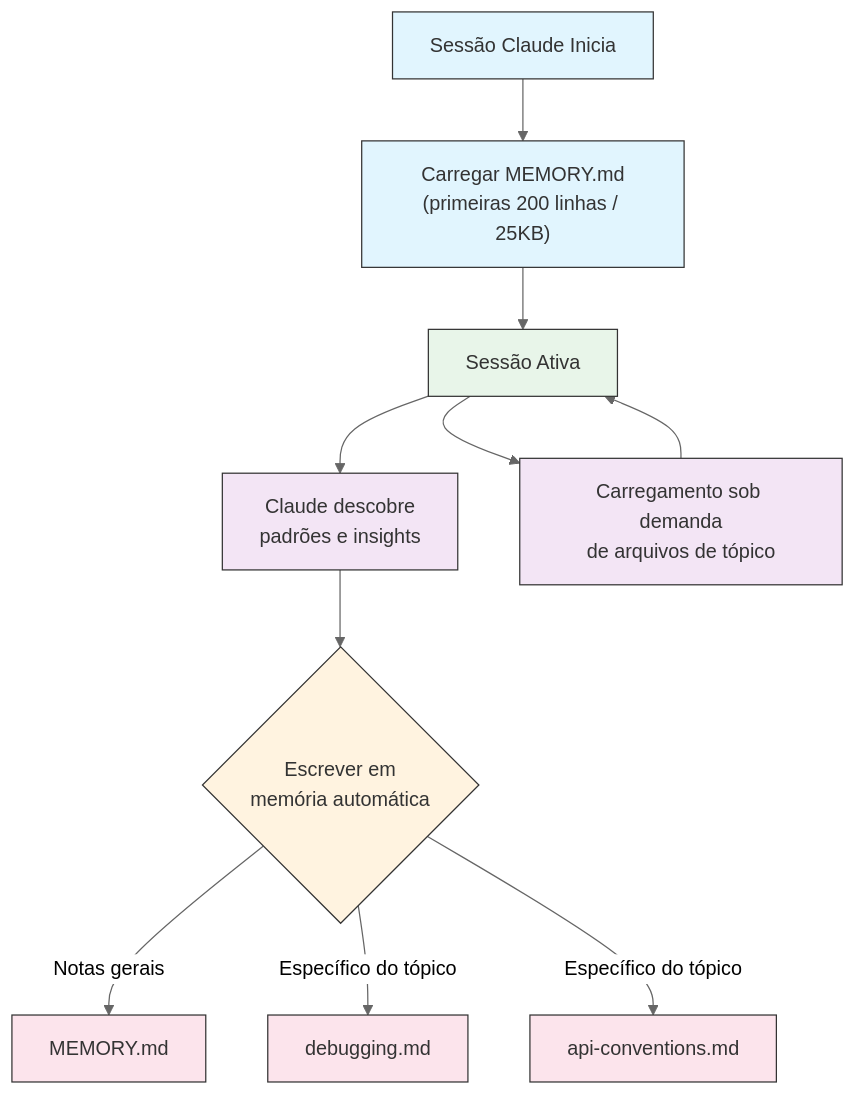
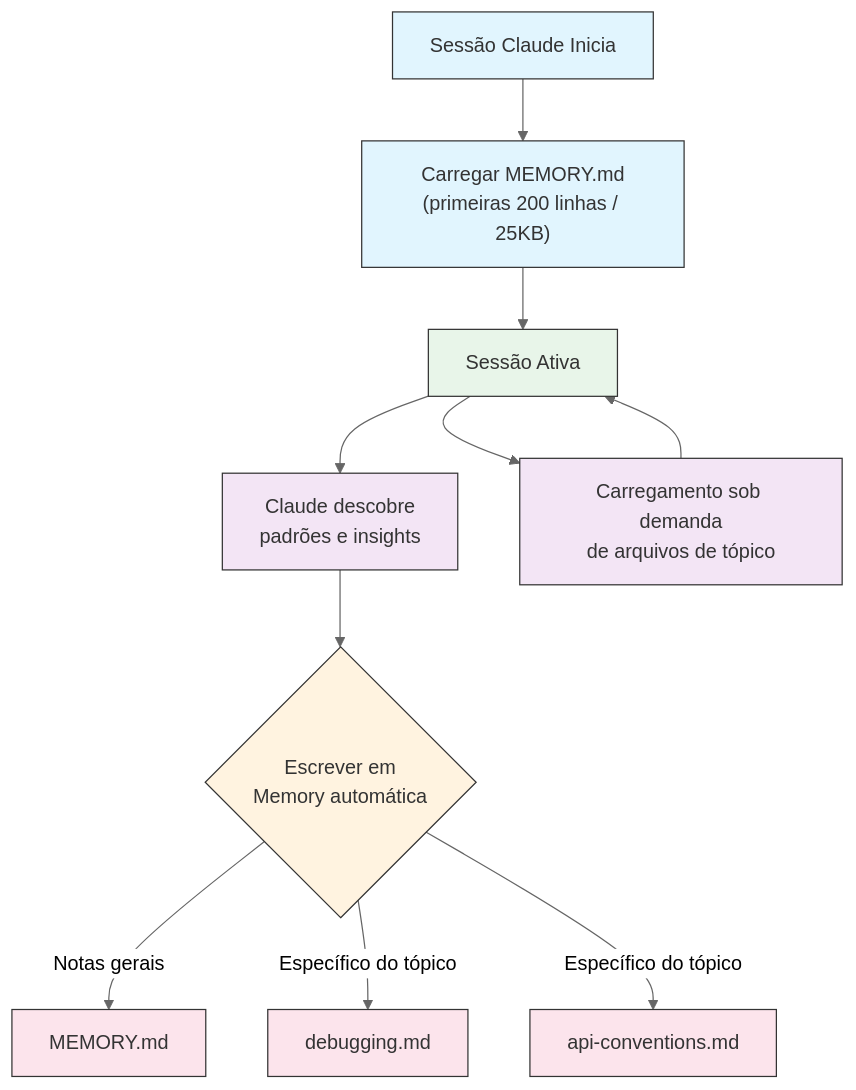
One commit to Diegobecker07/claude-howto changed the fourth of 5 diagrams in pt-BR/02-memory/README.md. Above: the diagram before and after it, drawn with Mermaid (neutral theme). The commit also changed other lines of this file and 26 other files, not shown here.

````diff
--- a/pt-BR/02-memory/README.md
+++ b/pt-BR/02-memory/README.md
@@ -423,22 +423,22 @@
 ```mermaid
 graph TD
     A["Sessão Claude Inicia"] --> B["Carregar MEMORY.md<br/>(primeiras 200 linhas / 25KB)"]
     B --> C["Sessão Ativa"]
     C --> D["Claude descobre<br/>padrões e insights"]
-    D --> E{"Escrever em<br/>memória automática"}
+    D --> E{"Escrever em<br/>Memory automática"}
     E -->|Notas gerais| F["MEMORY.md"]
     E -->|Específico do tópico| G["debugging.md"]
     E -->|Específico do tópico| H["api-conventions.md"]
     C --> I["Carregamento sob demanda<br/>de arquivos de tópico"]
     I --> C
 
     style A fill:#e1f5fe,stroke:#333,color:#333
     style B fill:#e1f5fe,stroke:#333,color:#333
     style C fill:#e8f5e9,stroke:#333,color:#333
     style D fill:#f3e5f5,stroke:#333,color:#333
     style E fill:#fff3e0,stroke:#333,color:#333
     style F fill:#fce4ec,stroke:#333,color:#333
     style G fill:#fce4ec,stroke:#333,color:#333
     style H fill:#fce4ec,stroke:#333,color:#333
     style I fill:#f3e5f5,stroke:#333,color:#333
 ```
````
